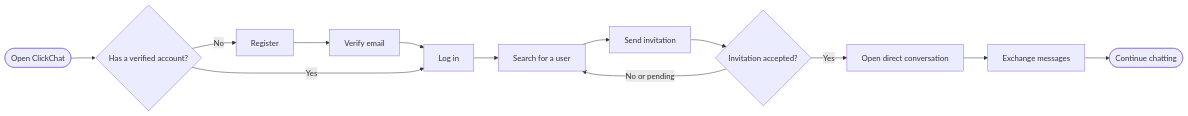
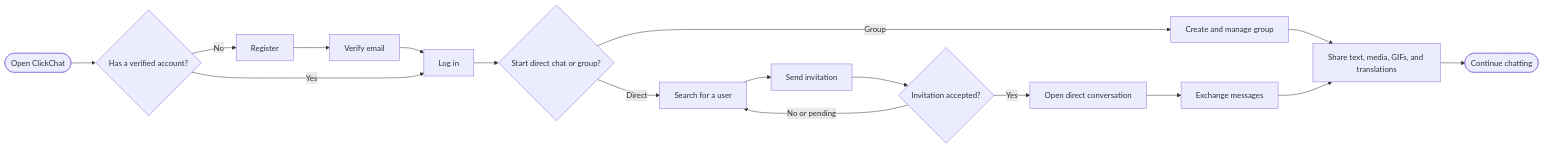
The third of 26 diagrams in docs/10-diagram-catalog.md (Saurav11343/click-chat), drawn with Mermaid before and after one commit. The commit also changed other lines of this file and 11 other files, not shown here.

Commit message:
update diagrams

````diff
--- a/docs/10-diagram-catalog.md
+++ b/docs/10-diagram-catalog.md
@@ -79,27 +97,34 @@
 ```mermaid
 flowchart LR
     Start(["Open ClickChat"])
     Account{"Has a verified account?"}
     SignUp["Register"]
     Email["Verify email"]
     SignIn["Log in"]
+    Choice{"Start direct chat or group?"}
     Find["Search for a user"]
     Request["Send invitation"]
     Accepted{"Invitation accepted?"}
     Conversation["Open direct conversation"]
     Message["Exchange messages"]
+    Group["Create and manage group"]
+    Rich["Share text, media, GIFs, and translations"]
     End(["Continue chatting"])
 
     Start --> Account
     Account -->|"No"| SignUp
     SignUp --> Email
     Email --> SignIn
     Account -->|"Yes"| SignIn
-    SignIn --> Find
+    SignIn --> Choice
+    Choice -->|"Direct"| Find
+    Choice -->|"Group"| Group
     Find --> Request
     Request --> Accepted
     Accepted -->|"Yes"| Conversation
     Accepted -->|"No or pending"| Find
     Conversation --> Message
-    Message --> End
+    Group --> Rich
+    Message --> Rich
+    Rich --> End
 ```
````
